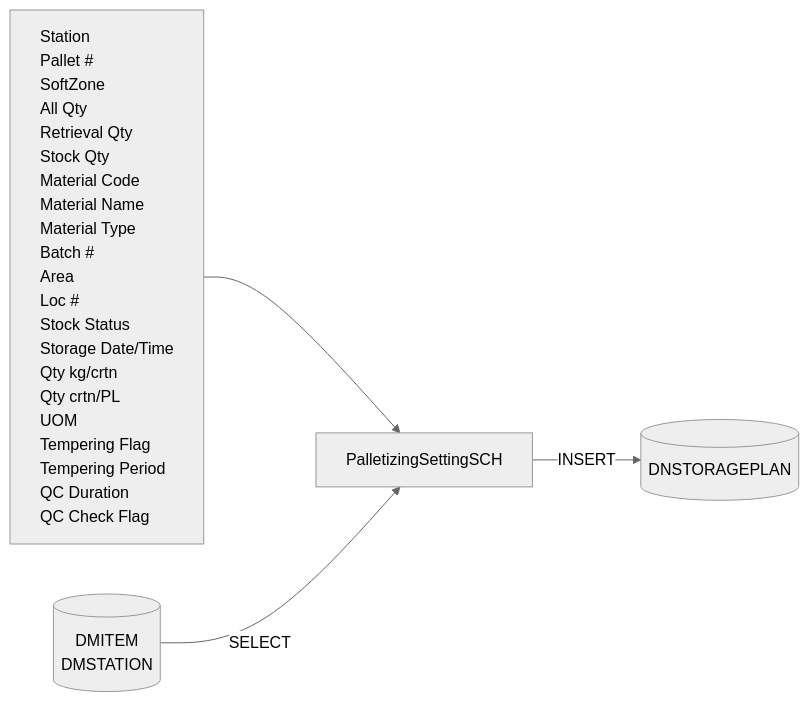
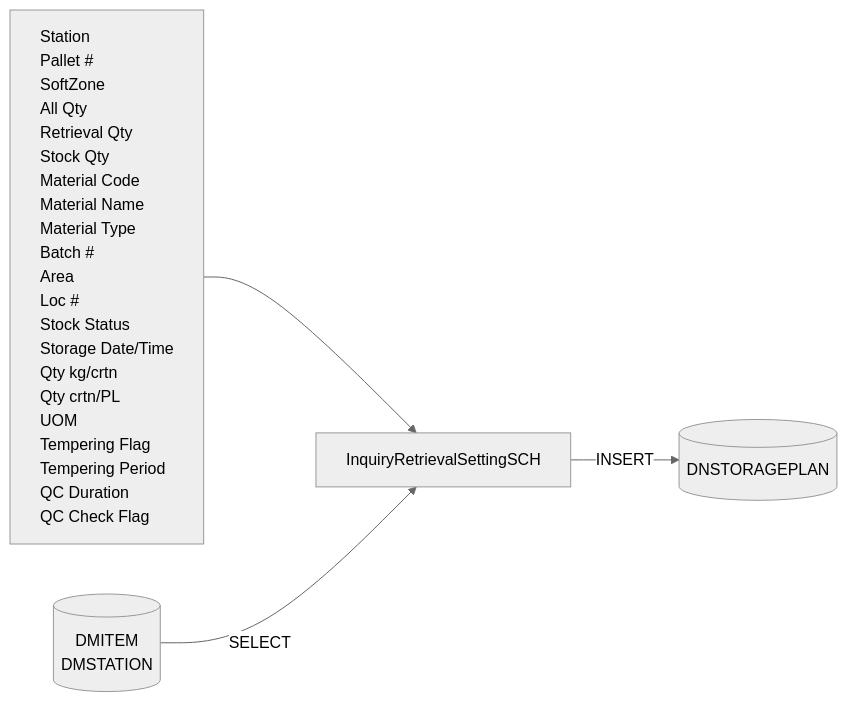
One commit to luthfiadityaa/SimeDarby-Wiki changed the third of 9 diagrams in Basic-Design/DFD-WMS/Retrieval/Unplanned-Retrieval-from-HP-Area.md. Above: the diagram before and after it, drawn with Mermaid (neutral theme).

Commit message:
Updated Unplanned Retrieval from HP Area

```diff
--- a/Basic-Design/DFD-WMS/Retrieval/Unplanned-Retrieval-from-HP-Area.md
+++ b/Basic-Design/DFD-WMS/Retrieval/Unplanned-Retrieval-from-HP-Area.md
@@ -92,43 +92,43 @@
 ::: mermaid
 flowchart LR
     input[
         Station
         Pallet #
         SoftZone
         All Qty
         Retrieval Qty
         Stock Qty
         Material Code
         Material Name
         Material Type
         Batch #
         Area
         Loc #
         Stock Status
         Storage Date/Time
         Qty kg/crtn
         Qty crtn/PL
         UOM
         Tempering Flag
         Tempering Period
         QC Duration
         QC Check Flag
     ]
 
     tableList-insert[("
         DNSTORAGEPLAN
     ")]
 
      tableList-select[("
         DMITEM
         DMSTATION
     ")]
 
-    className[PalletizingSettingSCH]
+    className[InquiryRetrievalSettingSCH]
 
     input --> className --> |INSERT| tableList-insert
     tableList-select --> |SELECT| className
 
     classDef leftAlign text-align:left;
     class input leftAlign;
 :::
```
